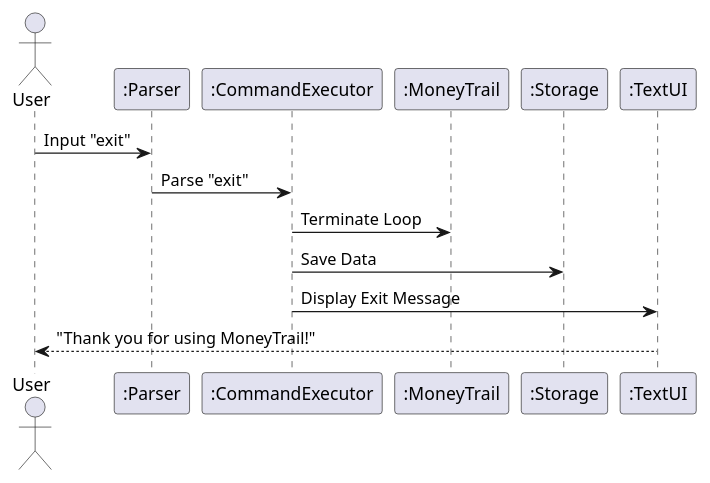
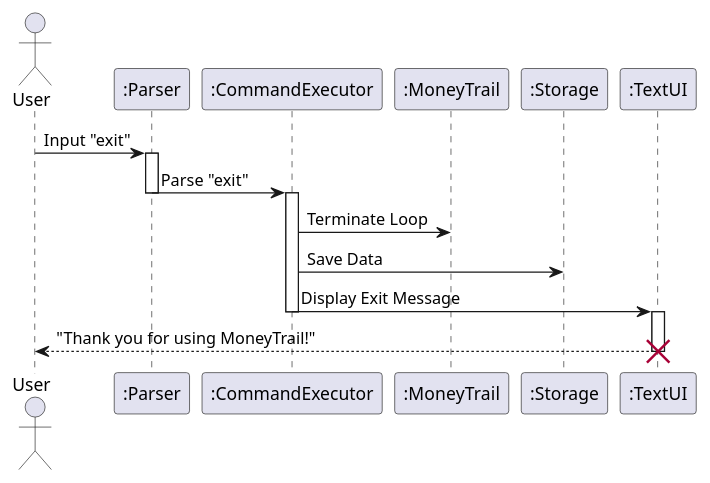
Before and after one commit to EdwinTun98/tp: the diagram in docs/diagrams/Exit_Seq.puml, drawn with PlantUML. The commit also changed 17 other files, not shown here.

```diff
--- a/docs/diagrams/Exit_Seq.puml
+++ b/docs/diagrams/Exit_Seq.puml
@@ -1,15 +1,23 @@
 @startuml
 actor User
 participant Parser as ":Parser"
 participant CommandExecutor as ":CommandExecutor"
 participant MoneyTrail as ":MoneyTrail"
 participant Storage as ":Storage"
 participant TextUI as ":TextUI"
 
 User -> Parser : Input "exit"
+activate Parser
 Parser -> CommandExecutor : Parse "exit"
+deactivate Parser
+activate CommandExecutor
 CommandExecutor -> MoneyTrail : Terminate Loop
 CommandExecutor -> Storage : Save Data
 CommandExecutor -> TextUI : Display Exit Message
+deactivate CommandExecutor
+activate TextUI
 User <-- TextUI : "Thank you for using MoneyTrail!"
+deactivate TextUI
+destroy TextUI
+
 @enduml
```
